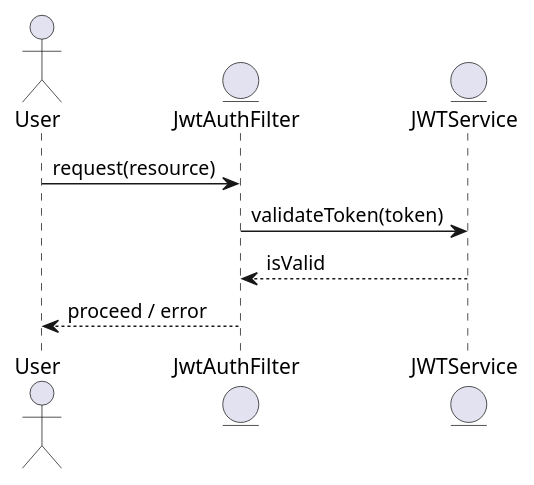
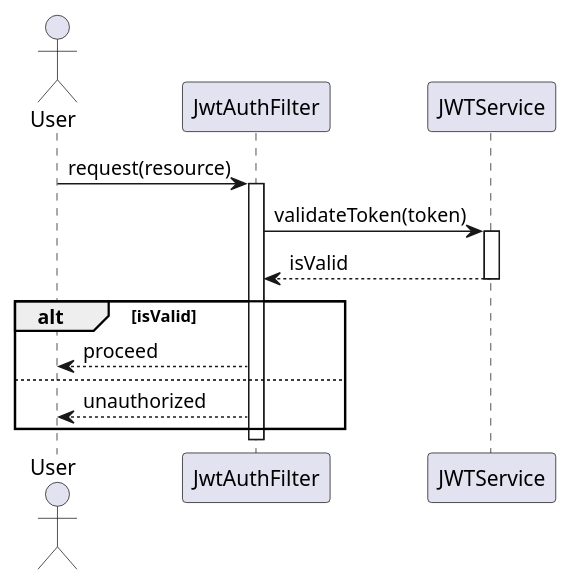
The third of 5 diagrams in identityprovider/documentation/detaileddesign.adoc (Dinesh-s95/AutoDoc.ai), drawn with PlantUML before and after one commit. The commit also changed other lines of this file and 4 other files, not shown here.

```diff
--- a/identityprovider/documentation/detaileddesign.adoc
+++ b/identityprovider/documentation/detaileddesign.adoc
@@ -335,13 +322,23 @@
-[plantuml, jwt-token-validation-flow, png]
+[plantuml, jwt-validation-sequence, png]
 ----
 @startuml
 actor User
-entity JwtAuthFilter
-entity JWTService
+participant JwtAuthFilter
+participant JWTService
 
 User -> JwtAuthFilter : request(resource)
+activate JwtAuthFilter
+
 JwtAuthFilter -> JWTService : validateToken(token)
+activate JWTService
 JWTService --> JwtAuthFilter : isValid
-JwtAuthFilter --> User : proceed / error
+deactivate JWTService
+
+alt isValid
+    JwtAuthFilter --> User : proceed
+else
+    JwtAuthFilter --> User : unauthorized
+end
+deactivate JwtAuthFilter
 @enduml
 ----
```
